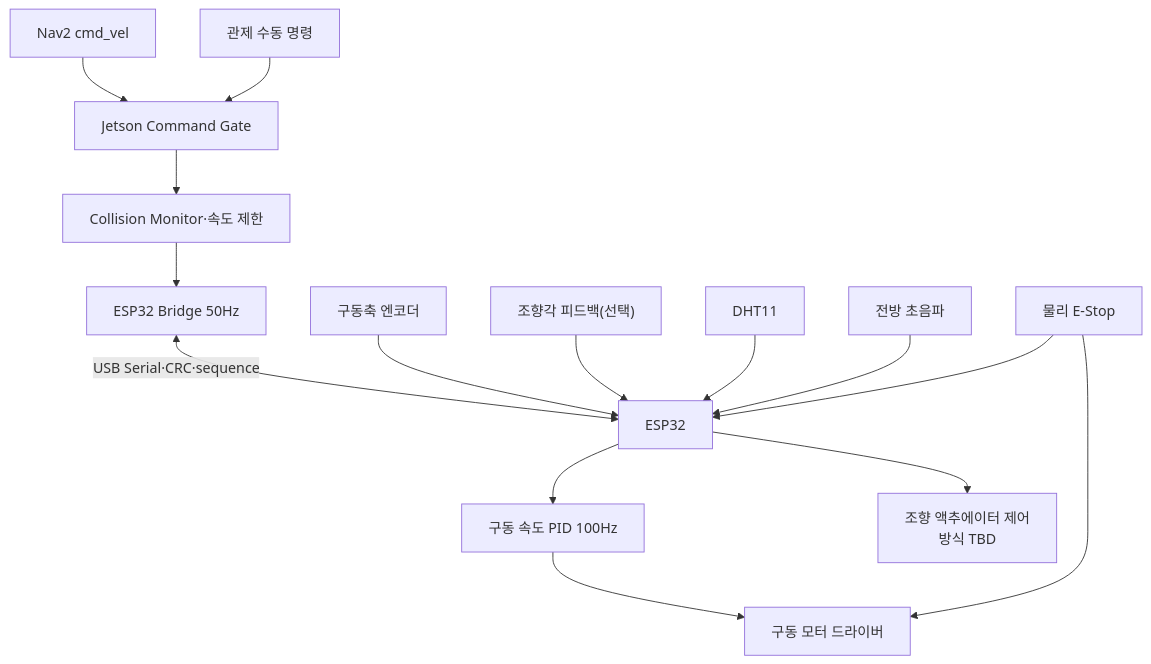
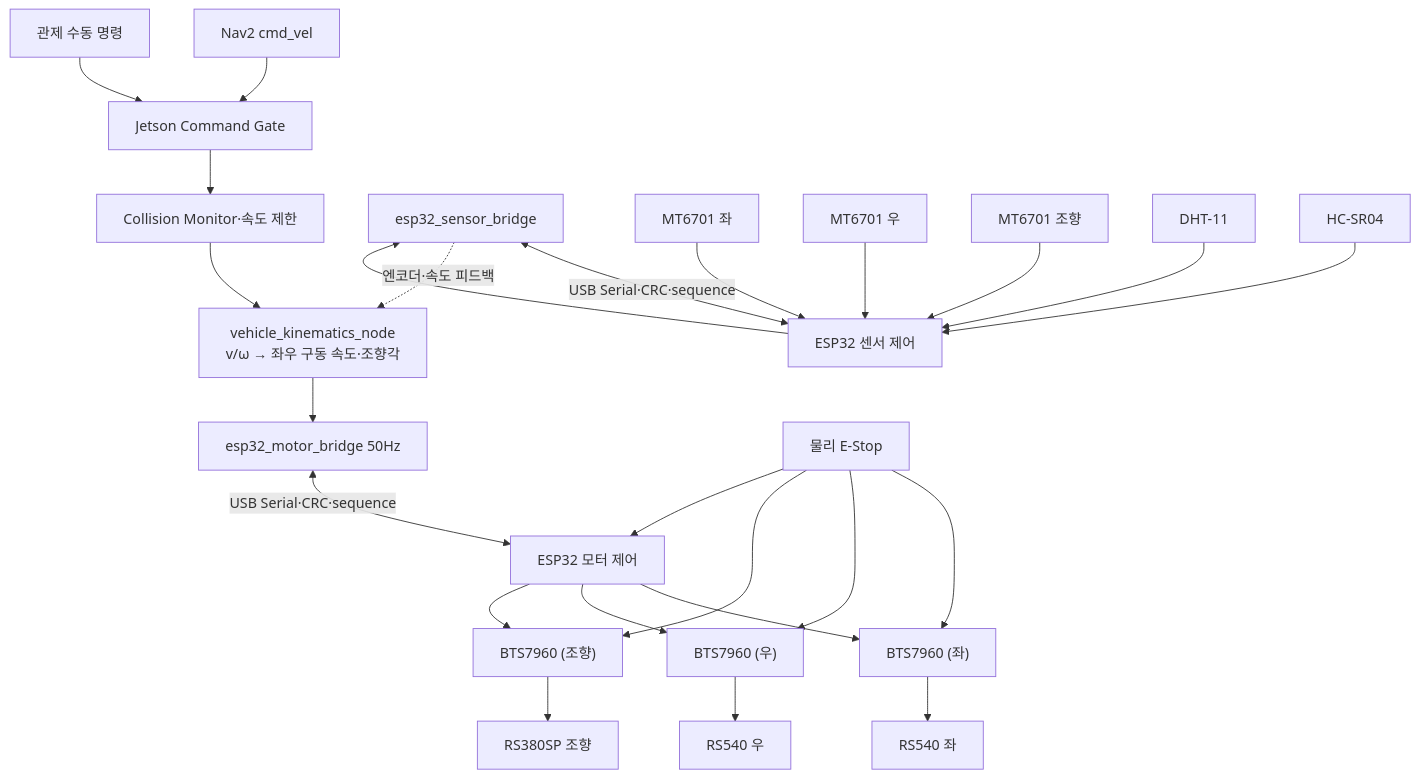
One commit to Common-AIOT/Sentinel-UGV changed the diagram in docs/03-제어-캘리브레이션.md. Above: the diagram before and after it, drawn with Mermaid. The commit also changed other lines of this file and 7 other files, not shown here.

````diff
--- a/docs/03-제어-캘리브레이션.md
+++ b/docs/03-제어-캘리브레이션.md
@@ -9,17 +9,27 @@
 ```mermaid
 flowchart TD
     nav["Nav2 cmd_vel"] --> mux["Jetson Command Gate"]
     manual["관제 수동 명령"] --> mux
     mux --> collision["Collision Monitor·속도 제한"]
-    collision --> bridge["ESP32 Bridge 50Hz"]
-    bridge <-->|"USB Serial·CRC·sequence"| esp["ESP32"]
-    esp --> pid["구동 속도 PID 100Hz"]
-    pid --> driver["구동 모터 드라이버"]
-    esp --> steer["조향 액추에이터 제어\n방식 TBD"]
-    enc["구동축 엔코더"] --> esp
-    angle["조향각 피드백(선택)"] --> esp
-    dht["DHT11"] --> esp
-    sonar["전방 초음파"] --> esp
-    estop["물리 E-Stop"] --> driver
-    estop --> esp
+    collision --> kin["vehicle_kinematics_node\nv/ω → 좌우 구동 속도·조향각"]
+    kin --> bridgeM["esp32_motor_bridge 50Hz"]
+    bridgeM <-->|"USB Serial·CRC·sequence"| espM["ESP32 모터 제어"]
+    espM --> driverL["BTS7960 (좌)"]
+    espM --> driverR["BTS7960 (우)"]
+    espM --> driverS["BTS7960 (조향)"]
+    driverL --> motorL["RS540 좌"]
+    driverR --> motorR["RS540 우"]
+    driverS --> motorS["RS380SP 조향"]
+    bridgeS["esp32_sensor_bridge"] <-->|"USB Serial·CRC·sequence"| espS["ESP32 센서 제어"]
+    encL["MT6701 좌"] --> espS
+    encR["MT6701 우"] --> espS
+    encSteer["MT6701 조향"] --> espS
+    dht["DHT-11"] --> espS
+    sonar["HC-SR04"] --> espS
+    espS --> bridgeS
+    bridgeS -.엔코더·속도 피드백.-> kin
+    estop["물리 E-Stop"] --> driverL
+    estop --> driverR
+    estop --> driverS
+    estop --> espM
 ```
````
